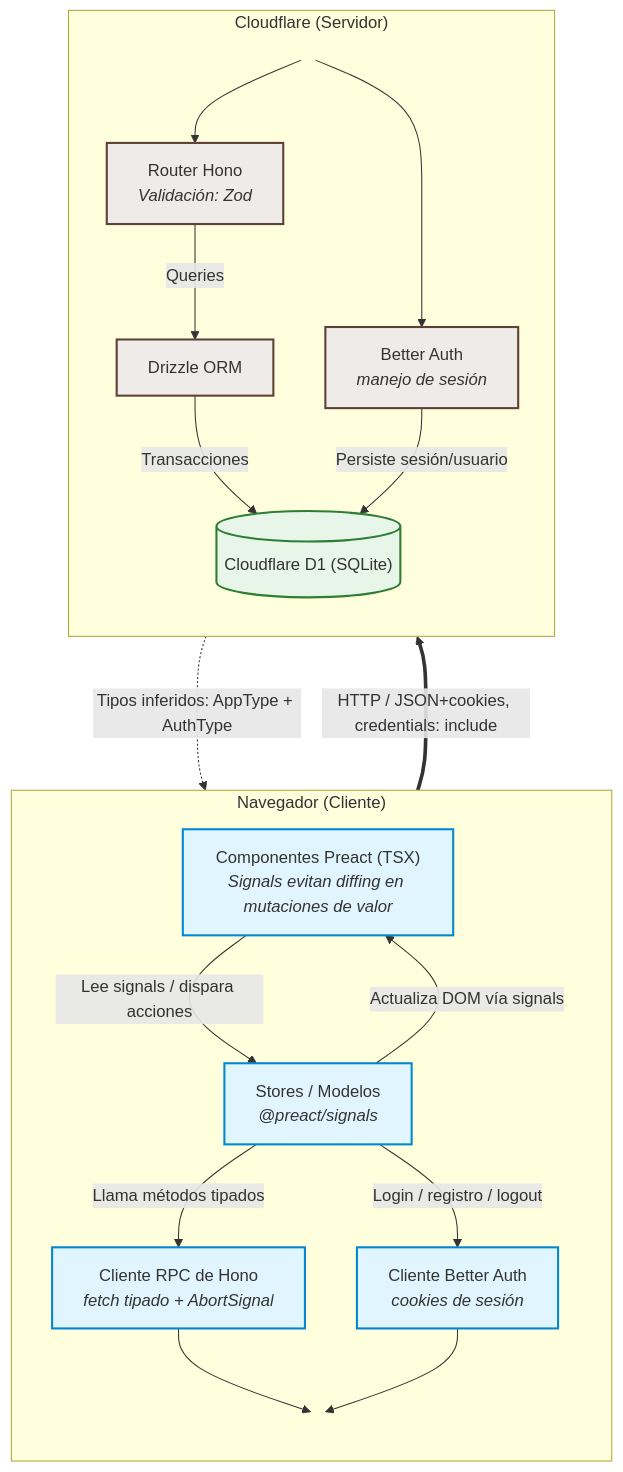
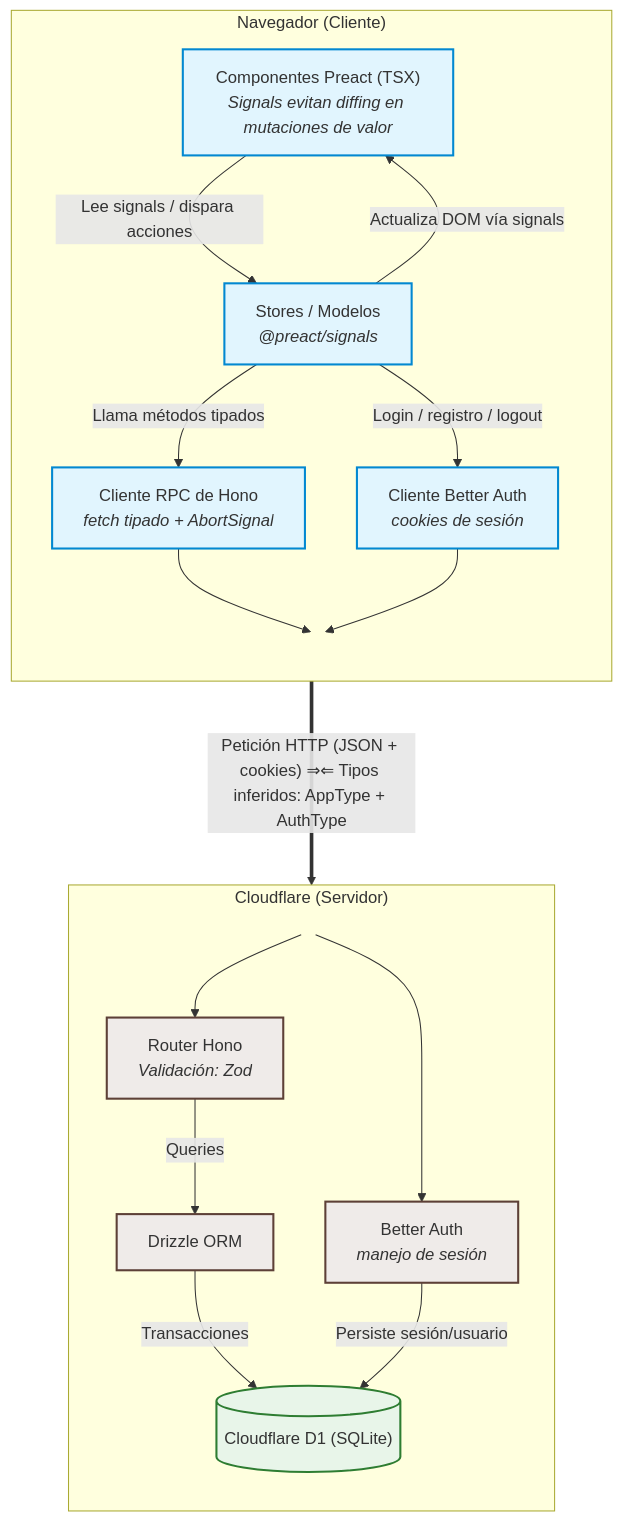
Before and after one commit to HernandezDev/taskflow-app: the diagram in README.md, drawn with Mermaid.

Commit message:
fix(docs): visualizacion de arquitectura_B

````diff
--- a/README.md
+++ b/README.md
@@ -43,45 +43,46 @@
 ```mermaid
 graph TD
     subgraph Browser["Navegador (Cliente)"]
         direction TB
         UI["Componentes Preact (TSX)<br/><i>Signals evitan diffing en mutaciones de valor</i>"]
         State["Stores / Modelos<br/><i>@preact/signals</i>"]
         RPC["Cliente RPC de Hono<br/><i>fetch tipado + AbortSignal</i>"]
         AuthC["Cliente Better Auth<br/><i>cookies de sesión</i>"]
         ClientGate(( ))
 
         UI -->|Lee signals / dispara acciones| State
         State -->|Actualiza DOM vía signals| UI
         State -->|Llama métodos tipados| RPC
         State -->|Login / registro / logout| AuthC
         RPC --> ClientGate
         AuthC --> ClientGate
     end
 
     subgraph Edge["Cloudflare (Servidor)"]
         direction TB
         ServerGate(( ))
         API["Router Hono<br/><i>Validación: Zod</i>"]
         Auth["Better Auth<br/><i>manejo de sesión</i>"]
         ORM["Drizzle ORM"]
         D1[("Cloudflare D1 (SQLite)")]
 
         ServerGate --> API
         ServerGate --> Auth
         API -->|Queries| ORM
         ORM -->|Transacciones| D1
         Auth -->|Persiste sesión/usuario| D1
     end
 
-    ClientGate ===>|HTTP / JSON+cookies, credentials: include| ServerGate
-    ServerGate -.->|Tipos inferidos: AppType + AuthType| ClientGate
+    ClientGate ===>|"Petición HTTP (JSON + cookies) ⇒⇐ Tipos inferidos: AppType + AuthType"| ServerGate
 
     classDef client fill:#e1f5fe,stroke:#0288d1,stroke-width:2px;
     classDef server fill:#efebe9,stroke:#5d4037,stroke-width:2px;
     classDef database fill:#e8f5e9,stroke:#2e7d32,stroke-width:2px;
     classDef gate fill:none,stroke:none;
     class UI,State,RPC,AuthC client;
     class API,Auth,ORM server;
     class D1 database;
     class ClientGate,ServerGate gate;
+
+
 ```
````
